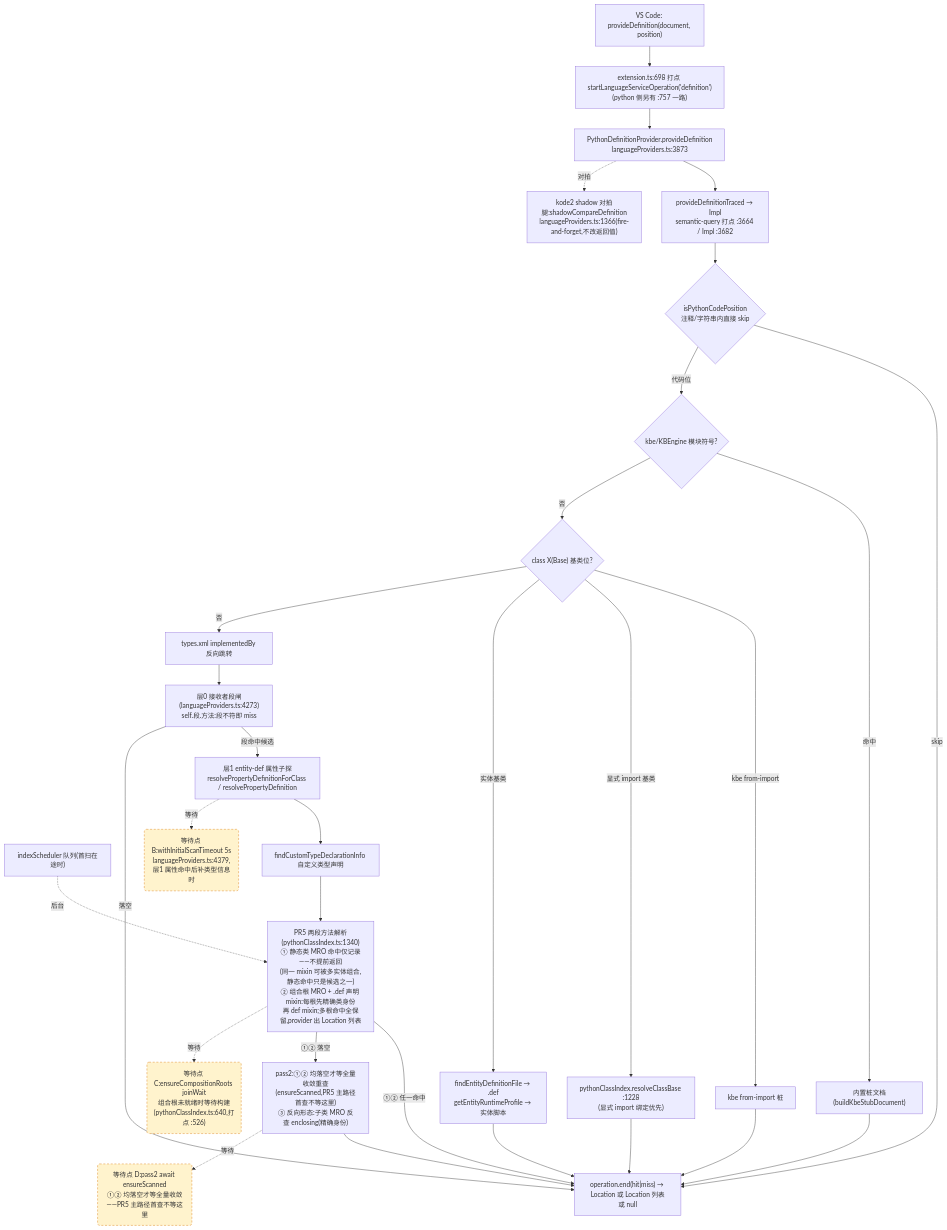
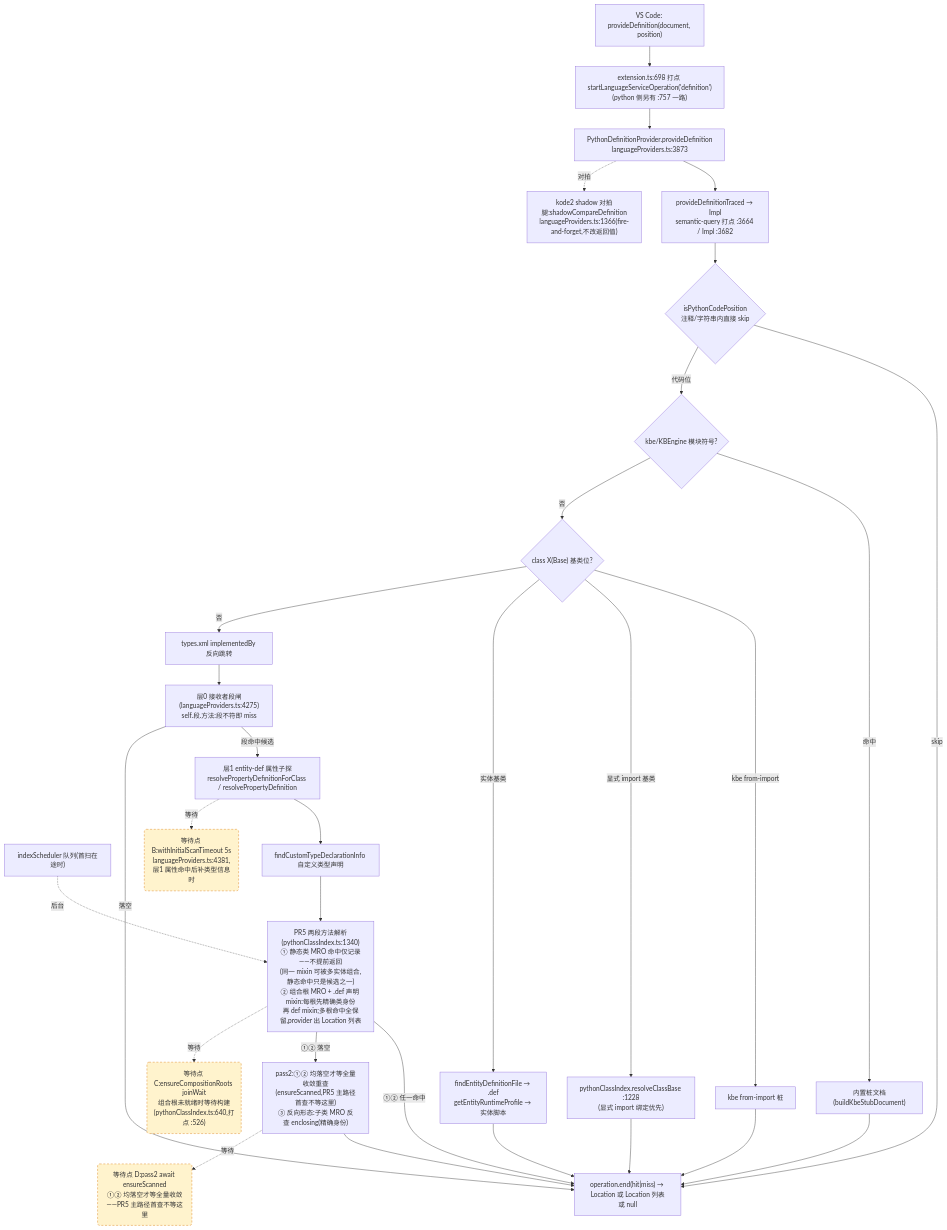
One commit to cuihairu/kode changed the second of 4 diagrams in docs/perf/2026-baseline.md. Above: the diagram before and after it, drawn with Mermaid. The commit also changed other lines of this file and 8 other files, not shown here.

Commit message:
feat: hover reads published schema snapshots only

````diff
--- a/docs/perf/2026-baseline.md
+++ b/docs/perf/2026-baseline.md
@@ -130,51 +130,51 @@
 ```mermaid
 flowchart TD
   VC2["VS Code: provideDefinition(document, position)"]
   M2["extension.ts:698 打点 startLanguageServiceOperation('definition')<br/>(python 侧另有 :757 一路)"]
   AD2["PythonDefinitionProvider.provideDefinition<br/>languageProviders.ts:3873"]
   TR["provideDefinitionTraced → Impl<br/>semantic-query 打点 :3664 / Impl :3682"]
   CTX{"isPythonCodePosition<br/>注释/字符串内直接 skip"}
   KBE{"kbe/KBEngine 模块符号?"}
   STUB["内置桩文档(buildKbeStubDocument)"]
   CB{"class X(Base) 基类位?"}
   CB1["kbe from-import 桩"]
   CB2["pythonClassIndex.resolveClassBase :1228<br/>(显式 import 绑定优先)"]
   CB3["findEntityDefinitionFile → .def<br/>getEntityRuntimeProfile → 实体脚本"]
   REV["types.xml implementedBy 反向跳转"]
-  L0["层0 接收者段闸(languageProviders.ts:4273)<br/>self.段.方法:段不符即 miss"]
+  L0["层0 接收者段闸(languageProviders.ts:4275)<br/>self.段.方法:段不符即 miss"]
   L1["层1 entity-def 属性子探<br/>resolvePropertyDefinitionForClass / resolvePropertyDefinition"]
   SCAN["indexScheduler 队列(首扫在途时)"]
   TY["findCustomTypeDeclarationInfo 自定义类型声明"]
   MRO["PR5 两段方法解析(pythonClassIndex.ts:1340)<br/>① 静态类 MRO 命中仅记录——不提前返回<br/>(同一 mixin 可被多实体组合,静态命中只是候选之一)<br/>② 组合根 MRO + .def 声明 mixin:每根先精确类身份<br/>再 def mixin;多根命中全保留,provider 出 Location 列表"]
   PASS2["pass2:①② 均落空才等全量收敛重查<br/>(ensureScanned,PR5 主路径首查不等这里)<br/>③ 反向形态:子类 MRO 反查 enclosing(精确身份)"]
   SHD["kode2 shadow 对拍腿:shadowCompareDefinition<br/>languageProviders.ts:1366(fire-and-forget,不改返回值)"]
   END2["operation.end(hit|miss) → Location 或 Location 列表或 null"]
 
   VC2 --> M2 --> AD2 --> TR --> CTX
   CTX -- "skip" --> END2
   CTX -- "代码位" --> KBE
   KBE -- "命中" --> STUB --> END2
   KBE -- "否" --> CB
   CB -- "kbe from-import" --> CB1 --> END2
   CB -- "显式 import 基类" --> CB2 --> END2
   CB -- "实体基类" --> CB3 --> END2
   CB -- "否" --> REV --> L0
   L0 -- "段命中候选" --> L1
   L0 -- "落空" --> END2
   L1 --> TY
   TY --> MRO
   MRO -- "①② 任一命中" --> END2
   MRO -- "①② 落空" --> PASS2 --> END2
   AD2 -.->|对拍| SHD
 
-  WAITB("等待点 B:withInitialScanTimeout 5s<br/>languageProviders.ts:4379,层1 属性命中后补类型信息时")
+  WAITB("等待点 B:withInitialScanTimeout 5s<br/>languageProviders.ts:4381,层1 属性命中后补类型信息时")
   WAITC("等待点 C:ensureCompositionRoots joinWait<br/>组合根未就绪时等待构建(pythonClassIndex.ts:640,打点 :526)")
   WAITD("等待点 D:pass2 await ensureScanned<br/>①② 均落空才等全量收敛——PR5 主路径首查不等这里")
   L1 -.->|等待| WAITB
   MRO -.->|等待| WAITC
   PASS2 -.->|等待| WAITD
   SCAN -.->|后台| MRO
 
   classDef waitPoint fill:#fff3cd,stroke:#d97706,stroke-dasharray:5 4;
   class WAITB,WAITC,WAITD waitPoint;
 ```
````
